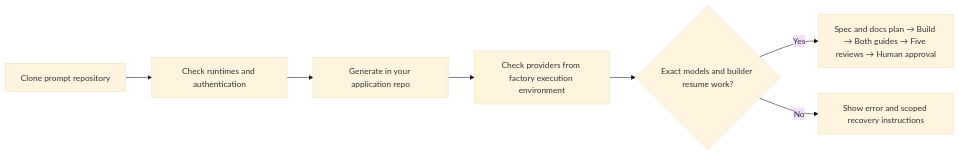
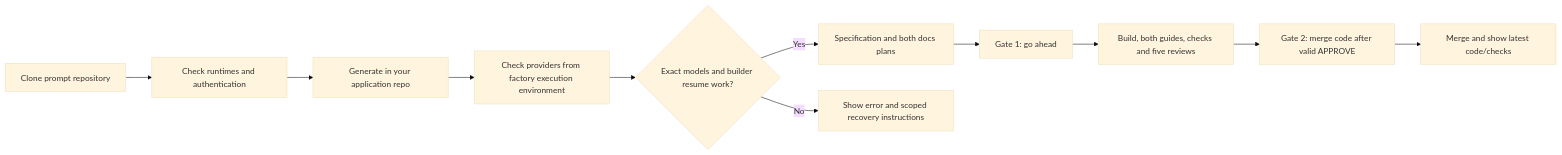
One commit to faiqfarooq/software-factory changed the diagram in codex-claude/maintenance/docs/REPOSITORY-GUIDE.md. Above: the diagram before and after it, drawn with Mermaid (base theme). The commit also changed other lines of this file and 14 other files, not shown here.

````diff
--- a/codex-claude/maintenance/docs/REPOSITORY-GUIDE.md
+++ b/codex-claude/maintenance/docs/REPOSITORY-GUIDE.md
@@ -15,9 +15,13 @@
 ```mermaid
 flowchart LR
     Clone[Clone prompt repository] --> Checks[Check runtimes and authentication]
     Checks --> Generate[Generate in your application repo]
     Generate --> Live[Check providers from factory execution environment]
     Live --> Gate{Exact models and builder resume work?}
-    Gate -->|Yes| Feature[Spec and docs plan → Build → Both guides → Five reviews → Human approval]
+    Gate -->|Yes| Spec[Specification and both docs plans]
+    Spec --> First["Gate 1: go ahead"]
+    First --> Work[Build, both guides, checks and five reviews]
+    Work --> Second["Gate 2: merge code after valid APPROVE"]
+    Second --> Latest[Merge and show latest code/checks]
     Gate -->|No| Block[Show error and scoped recovery instructions]
 ```
````
